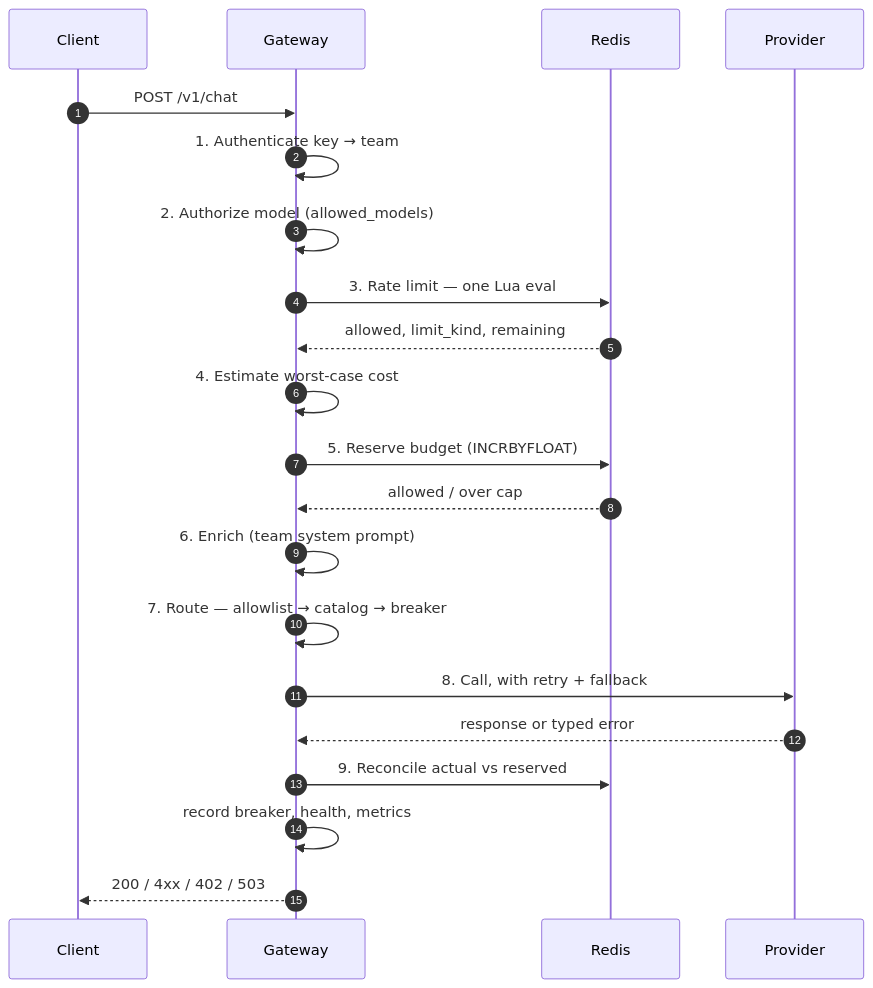
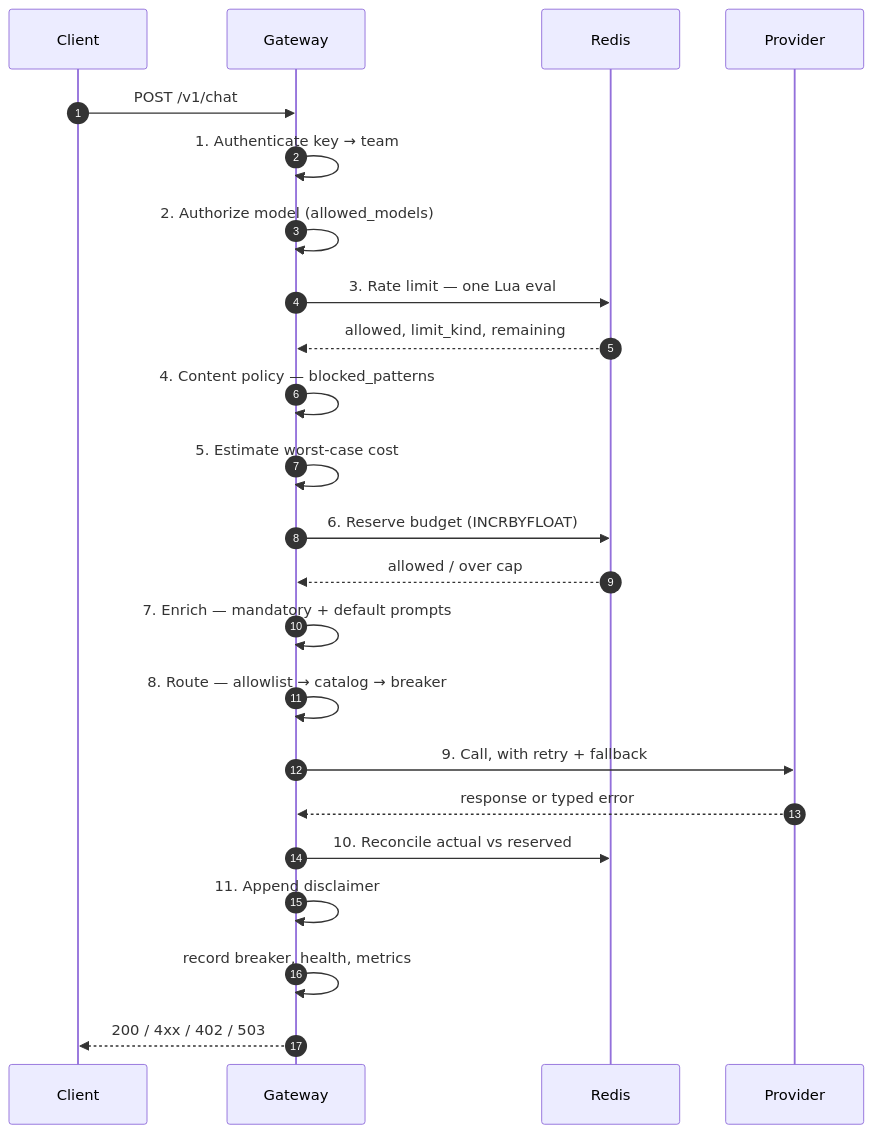
The second of 6 diagrams in docs/ARCHITECTURE.md (Ritvik2209/llm-gateway), drawn with Mermaid before and after one commit. The commit also changed other lines of this file, not shown here.

````diff
--- a/docs/ARCHITECTURE.md
+++ b/docs/ARCHITECTURE.md
@@ -77,24 +77,26 @@
 ```mermaid
 sequenceDiagram
   autonumber
   participant C as Client
   participant G as Gateway
   participant R as Redis
   participant P as Provider
 
   C->>G: POST /v1/chat
   G->>G: 1. Authenticate key → team
   G->>G: 2. Authorize model (allowed_models)
   G->>R: 3. Rate limit — one Lua eval
   R-->>G: allowed, limit_kind, remaining
-  G->>G: 4. Estimate worst-case cost
-  G->>R: 5. Reserve budget (INCRBYFLOAT)
+  G->>G: 4. Content policy — blocked_patterns
+  G->>G: 5. Estimate worst-case cost
+  G->>R: 6. Reserve budget (INCRBYFLOAT)
   R-->>G: allowed / over cap
-  G->>G: 6. Enrich (team system prompt)
-  G->>G: 7. Route — allowlist → catalog → breaker
-  G->>P: 8. Call, with retry + fallback
+  G->>G: 7. Enrich — mandatory + default prompts
+  G->>G: 8. Route — allowlist → catalog → breaker
+  G->>P: 9. Call, with retry + fallback
   P-->>G: response or typed error
-  G->>R: 9. Reconcile actual vs reserved
+  G->>R: 10. Reconcile actual vs reserved
+  G->>G: 11. Append disclaimer
   G->>G: record breaker, health, metrics
   G-->>C: 200 / 4xx / 402 / 503
 ```
````
